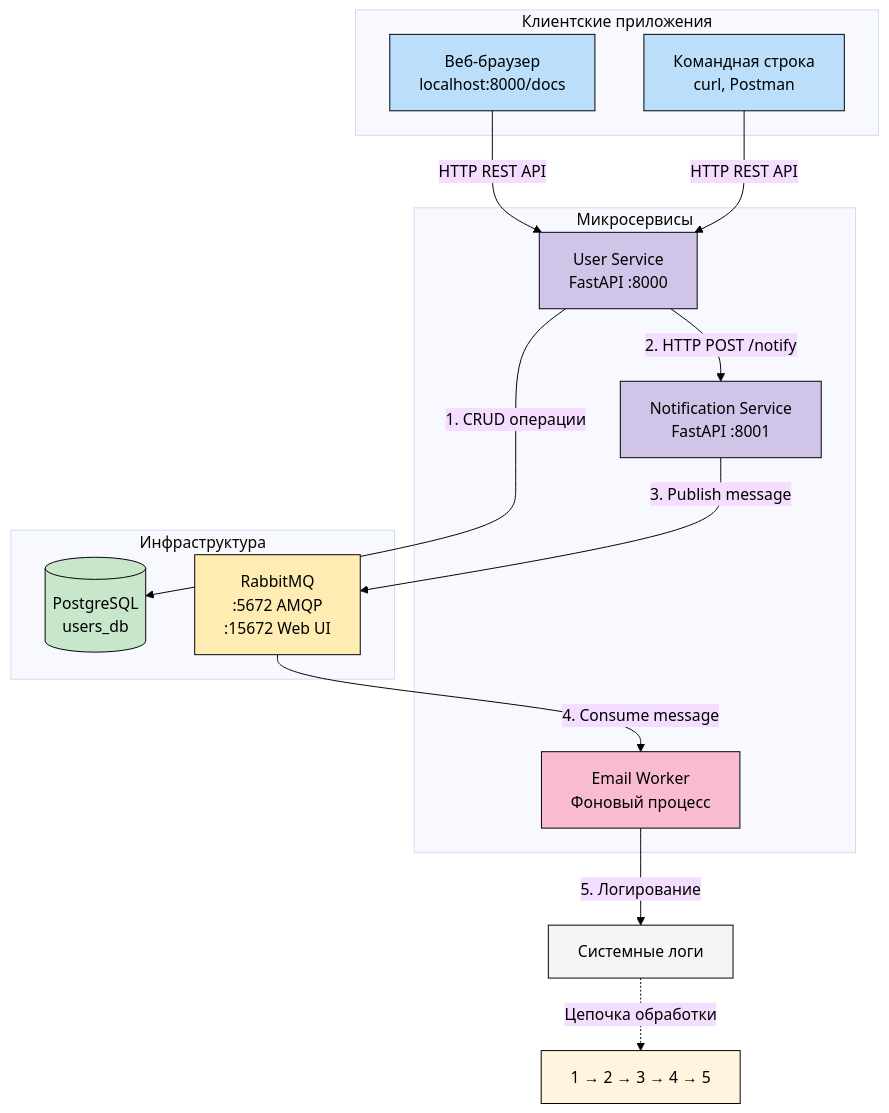
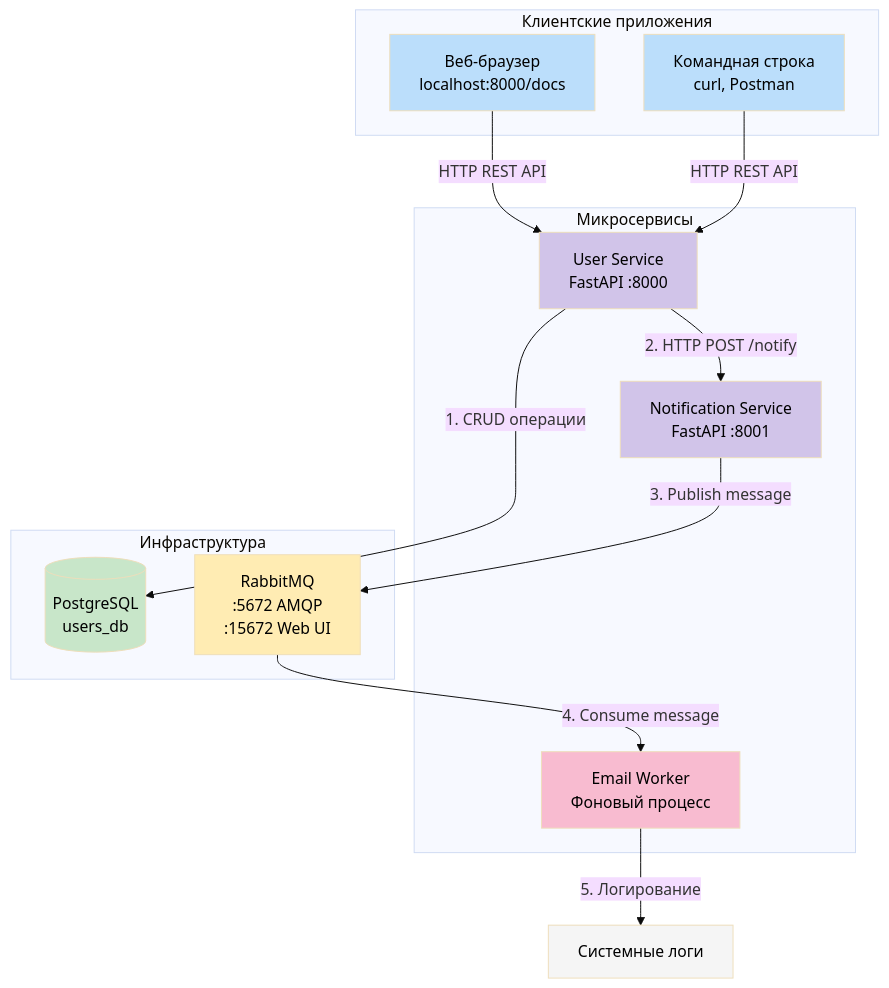
The diagram in docs/architecture.md (svetofor56/taskhub-notification-system), drawn with Mermaid (base theme) before and after one commit.

````diff
--- a/docs/architecture.md
+++ b/docs/architecture.md
@@ -1,47 +1,36 @@
 ```mermaid
 flowchart TB
     subgraph "Клиентские приложения"
         Web[Веб-браузер<br/>localhost:8000/docs]
         CLI[Командная строка<br/>curl, Postman]
     end
     
     subgraph "Микросервисы"
         US[User Service<br/>FastAPI :8000]
         NS[Notification Service<br/>FastAPI :8001]
         EW[Email Worker<br/>Фоновый процесс]
     end
     
     subgraph "Инфраструктура"
         PSQL[(PostgreSQL<br/>users_db)]
         RMQ[RabbitMQ<br/>:5672 AMQP<br/>:15672 Web UI]
     end
     
-    %% Взаимодействия
     Web -->|HTTP REST API| US
     CLI -->|HTTP REST API| US
-    
     US -->|1. CRUD операции| PSQL
     US -->|2. HTTP POST /notify| NS
-    
     NS -->|3. Publish message| RMQ
-    
     RMQ -->|4. Consume message| EW
     EW -->|5. Логирование| LOG[Системные логи]
     
-    %% Легенда
-    LOG -.->|Цепочка обработки| Legend[1 → 2 → 3 → 4 → 5]
-    
-    %% Стили с чёрным текстом
-    style Web fill:#bbdefb,stroke:#000,color:#000
-    style CLI fill:#bbdefb,stroke:#000,color:#000
-    style US fill:#d1c4e9,stroke:#000,color:#000
-    style NS fill:#d1c4e9,stroke:#000,color:#000
-    style EW fill:#f8bbd0,stroke:#000,color:#000
-    style PSQL fill:#c8e6c9,stroke:#000,color:#000
-    style RMQ fill:#ffecb3,stroke:#000,color:#000
-    style LOG fill:#f5f5f5,stroke:#000,color:#000
-    style Legend stroke:#000,color:#000
-    
-    %% Цвета стрелок и текста на стрелках
-    linkStyle default stroke:#000,color:#000
+    %% Меняем только цвет текста, сохраняя оригинальные цвета заливки
+    style Web fill:#bbdefb,color:#000
+    style CLI fill:#bbdefb,color:#000
+    style US fill:#d1c4e9,color:#000
+    style NS fill:#d1c4e9,color:#000
+    style EW fill:#f8bbd0,color:#000
+    style PSQL fill:#c8e6c9,color:#000
+    style RMQ fill:#ffecb3,color:#000
+    style LOG fill:#f5f5f5,color:#000
 ```
````
